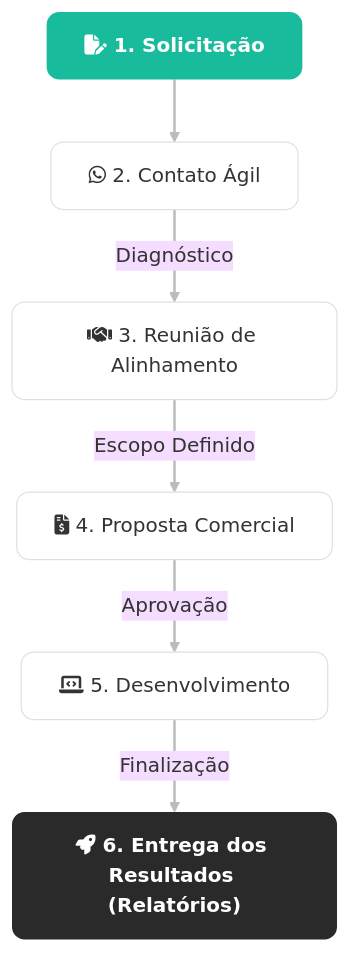
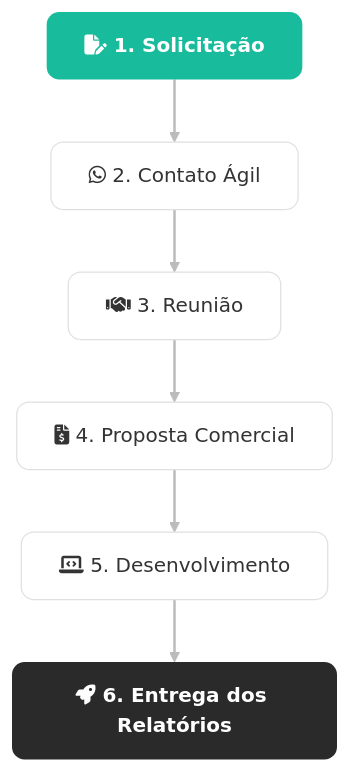
Before and after one commit to Alexssandrosilv/Alexssadrosilv.github.io: the diagram in consultoria.qmd, drawn with Mermaid (base theme). The commit also changed 1 other file, not shown here.

````diff
--- a/consultoria.qmd
+++ b/consultoria.qmd
@@ -51,20 +51,20 @@
 ```{mermaid}
 %%| fig-align: center
 %%| fig-height: 6
 flowchart TD
     A["<i class='fa-solid fa-file-pen'></i> 1. Solicitação"] --> B["<i class='fa-brands fa-whatsapp'></i> 2. Contato Ágil"]
-    B -->|Diagnóstico| C["<i class='fa-solid fa-handshake'></i> 3. Reunião de Alinhamento"]
-    C -->|Escopo Definido| D["<i class='fa-solid fa-file-invoice-dollar'></i> 4. Proposta Comercial"]
-    D -->|Aprovação| E["<i class='fa-solid fa-laptop-code'></i> 5. Desenvolvimento"]
-    E -->|Finalização| F["<i class='fa-solid fa-rocket'></i> 6. Entrega dos Resultados (Relatórios)"]
+    B --> C["<i class='fa-solid fa-handshake'></i> 3. Reunião"]
+    C --> D["<i class='fa-solid fa-file-invoice-dollar'></i> 4. Proposta Comercial"]
+    D --> E["<i class='fa-solid fa-laptop-code'></i> 5. Desenvolvimento"]
+    E --> F["<i class='fa-solid fa-rocket'></i> 6. Entrega dos Relatórios"]
 
     %% FIX: Adicionado rx:10 e ry:10 para cantos arredondados
     classDef start fill:#18bc9c,stroke:#18bc9c,color:#fff,stroke-width:0px,font-weight:bold,rx:10,ry:10; 
     classDef process fill:#fff,stroke:#e0e0e0,color:#333,stroke-width:1px,rx:10,ry:10; 
     classDef endNode fill:#2a2a2a,stroke:#2a2a2a,color:#fff,stroke-width:0px,font-weight:bold,rx:10,ry:10; 
 
     class A start;
     class B,C,D,E process;
     class F endNode;
     linkStyle default stroke:#bbb,stroke-width:2px;
 ```
````
